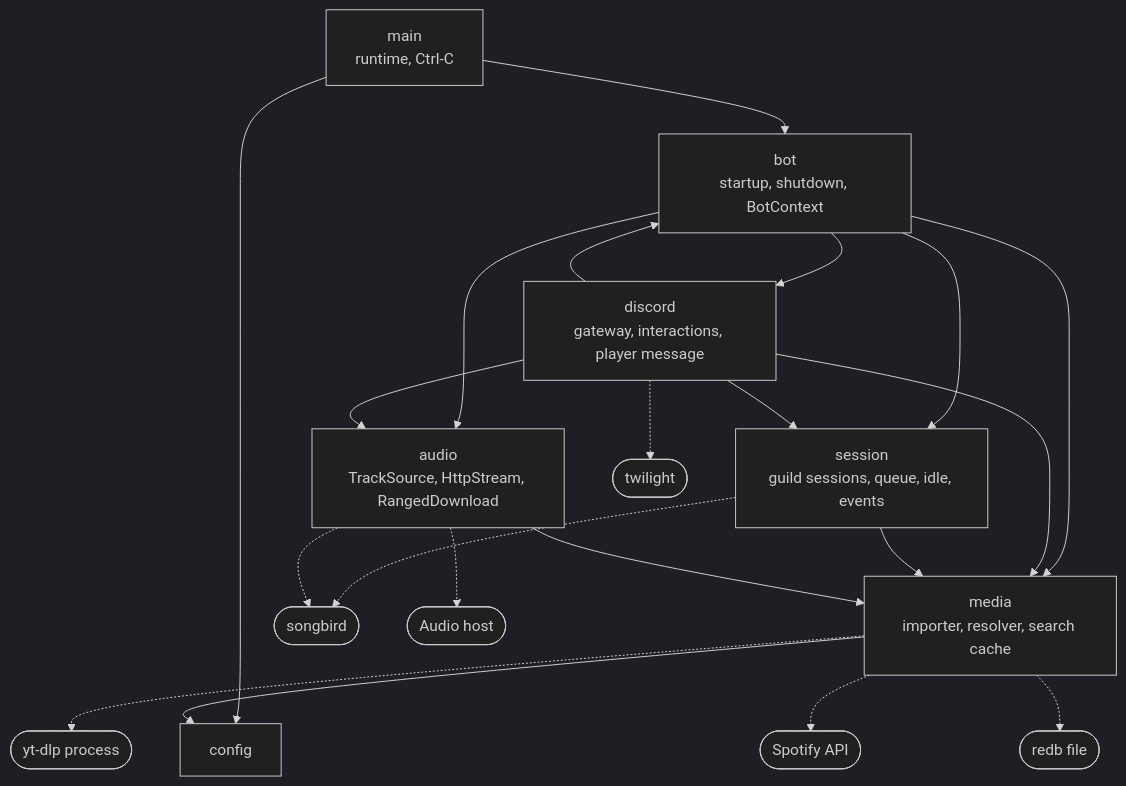
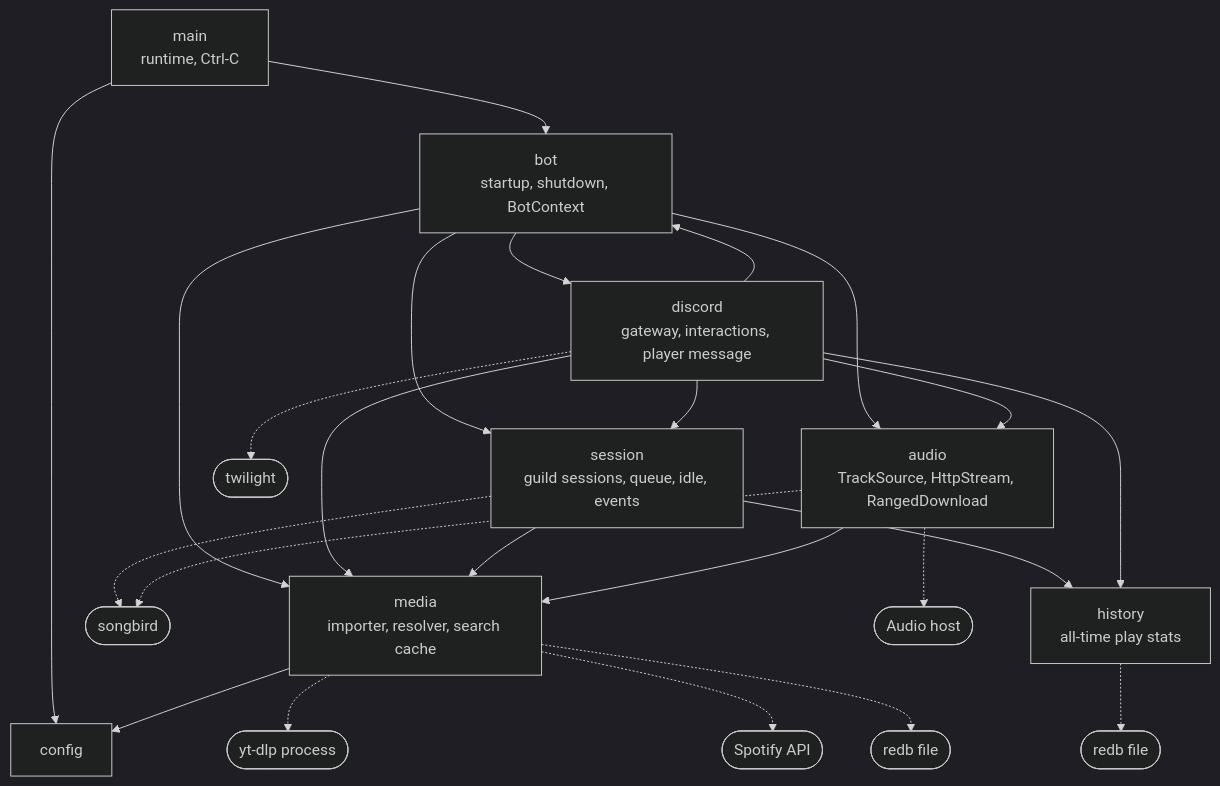
One commit to jessedezwart/Slap changed the first of 11 diagrams in docs/architecture.md. Above: the diagram before and after it, drawn with Mermaid (dark theme). The commit also changed other lines of this file and 17 other files, not shown here.

Commit message:
feat(stats): implement all-time play statistics tracking and display in Discord

````diff
--- a/docs/architecture.md
+++ b/docs/architecture.md
@@ -5,26 +5,29 @@
 ```mermaid
 flowchart TB
     main["main<br/>runtime, Ctrl-C"] --> bot["bot<br/>startup, shutdown, BotContext"]
     main --> config["config"]
 
     bot --> discord["discord<br/>gateway, interactions, player message"]
     discord --> bot
     bot --> session["session<br/>guild sessions, queue, idle, events"]
     bot --> audio["audio<br/>TrackSource, HttpStream, RangedDownload"]
     bot --> media["media<br/>importer, resolver, search cache"]
 
     discord --> session
     discord --> audio
     discord --> media
     session --> media
     audio --> media
     media --> config
 
     discord -.-> twilight(["twilight"])
     session -.-> songbird(["songbird"])
     audio -.-> songbird
     media -.-> ytdlp(["yt-dlp process"])
     media -.-> spotify(["Spotify API"])
     media -.-> redb(["redb file"])
+    session --> history["history<br/>all-time play stats"]
+    discord --> history
+    history -.-> statsdb(["redb file"])
     audio -.-> host(["Audio host"])
 ```
````
